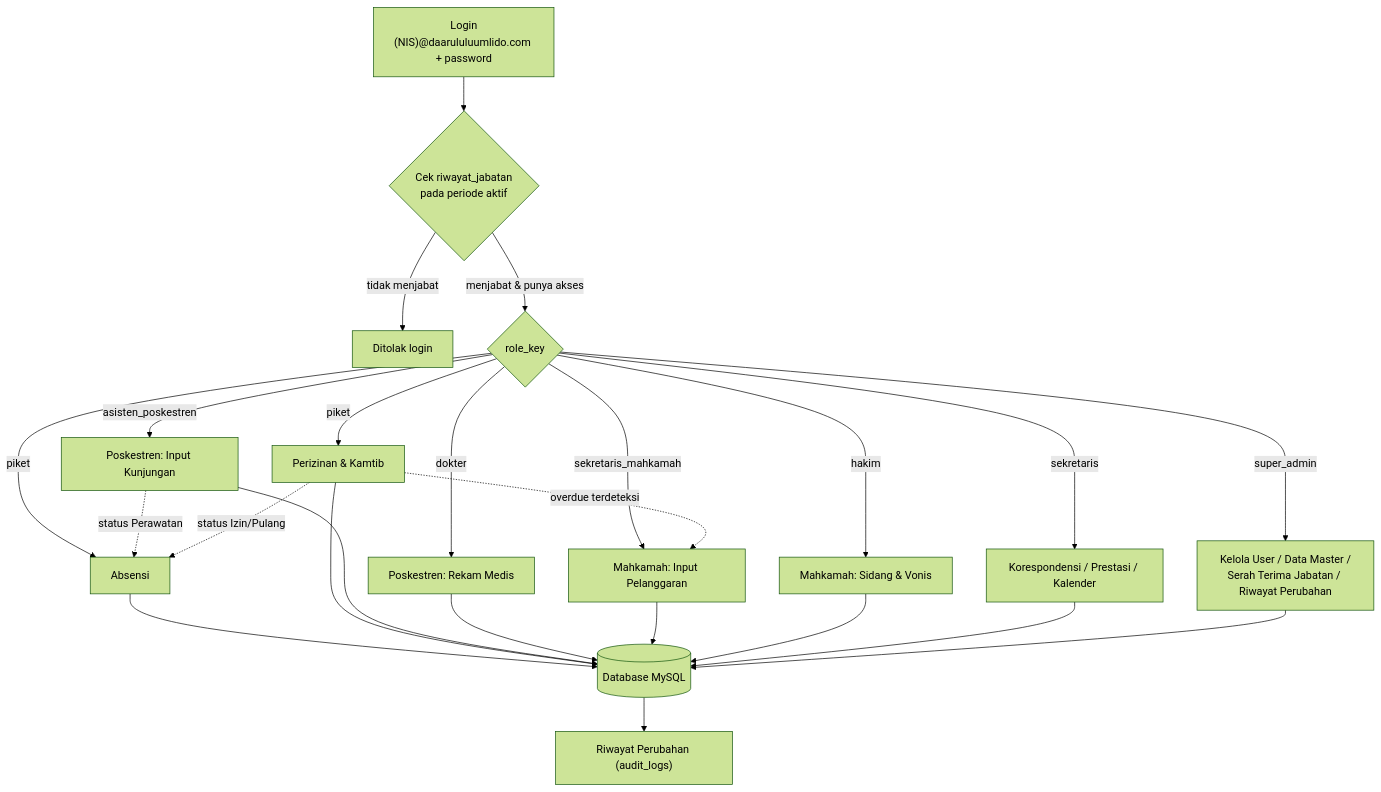
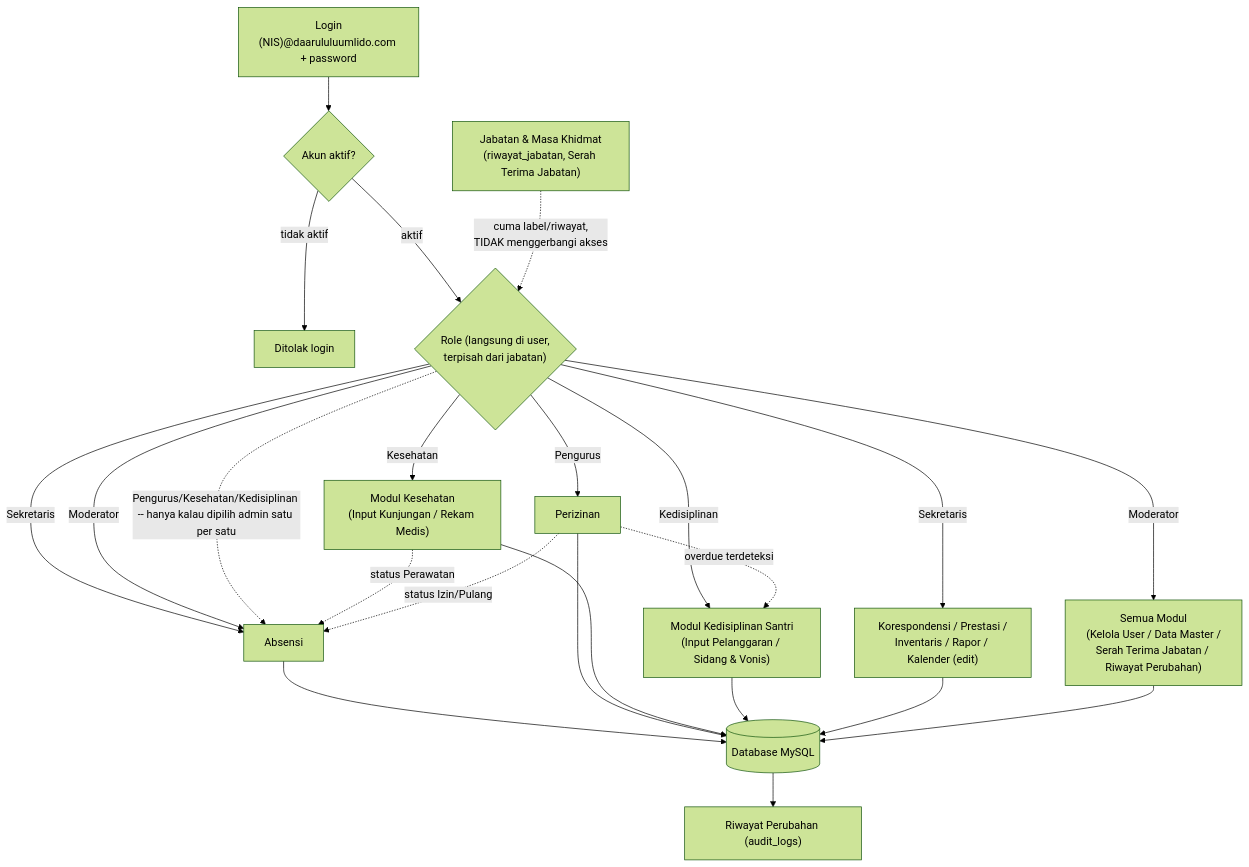
The diagram in README.md (SiJao/ProjectJao), drawn with Mermaid (forest theme) before and after one commit. The commit also changed other lines of this file, not shown here.

First line of the commit message:
README: ralat desain role & akses (belum dikode, dokumentasi dulu)

````diff
--- a/README.md
+++ b/README.md
@@ -16,29 +18,30 @@
 ```mermaid
 flowchart TD
-    A["Login<br/>(NIS)@daarululuumlido.com + password"] --> B{"Cek riwayat_jabatan<br/>pada periode aktif"}
-    B -- "tidak menjabat" --> Z["Ditolak login"]
-    B -- "menjabat & punya akses" --> C{"role_key"}
+    A["Login<br/>(NIS)@daarululuumlido.com + password"] --> B{"Akun aktif?"}
+    B -- "tidak aktif" --> Z["Ditolak login"]
+    B -- "aktif" --> C{"Role (langsung di user,<br/>terpisah dari jabatan)"}
 
-    C -- piket --> D1["Absensi"]
-    C -- piket --> D2["Perizinan & Kamtib"]
-    C -- asisten_poskestren --> D3["Poskestren: Input Kunjungan"]
-    C -- dokter --> D4["Poskestren: Rekam Medis"]
-    C -- sekretaris_mahkamah --> D5["Mahkamah: Input Pelanggaran"]
-    C -- hakim --> D6["Mahkamah: Sidang & Vonis"]
-    C -- sekretaris --> D7["Korespondensi / Prestasi / Kalender"]
-    C -- super_admin --> D8["Kelola User / Data Master /<br/>Serah Terima Jabatan / Riwayat Perubahan"]
+    C -- Pengurus --> D2["Perizinan"]
+    C -- Kesehatan --> D3["Modul Kesehatan<br/>(Input Kunjungan / Rekam Medis)"]
+    C -- Kedisiplinan --> D5["Modul Kedisiplinan Santri<br/>(Input Pelanggaran / Sidang & Vonis)"]
+    C -- Sekretaris --> D7["Korespondensi / Prestasi /<br/>Inventaris / Rapor / Kalender (edit)"]
+    C -- Moderator --> D8["Semua Modul<br/>(Kelola User / Data Master /<br/>Serah Terima Jabatan / Riwayat Perubahan)"]
+
+    C -- Sekretaris --> D1["Absensi"]
+    C -- Moderator --> D1
+    C -. "Pengurus/Kesehatan/Kedisiplinan -- hanya kalau dipilih admin satu per satu" .-> D1
 
     D1 --> E[("Database MySQL")]
     D2 --> E
     D3 --> E
-    D4 --> E
     D5 --> E
-    D6 --> E
     D7 --> E
     D8 --> E
 
     D2 -. "overdue terdeteksi" .-> D5
     D3 -. "status Perawatan" .-> D1
     D2 -. "status Izin/Pulang" .-> D1
     E --> F["Riwayat Perubahan (audit_logs)"]
+
+    J["Jabatan & Masa Khidmat<br/>(riwayat_jabatan, Serah Terima Jabatan)"] -. "cuma label/riwayat,<br/>TIDAK menggerbangi akses" .-> C
 ```
````
